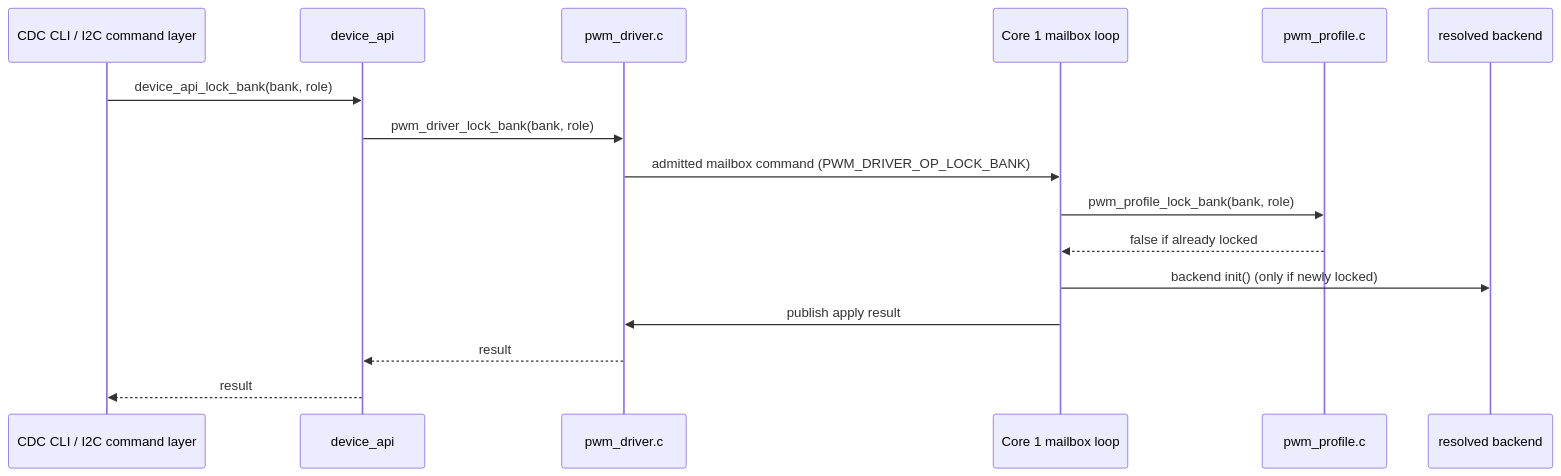
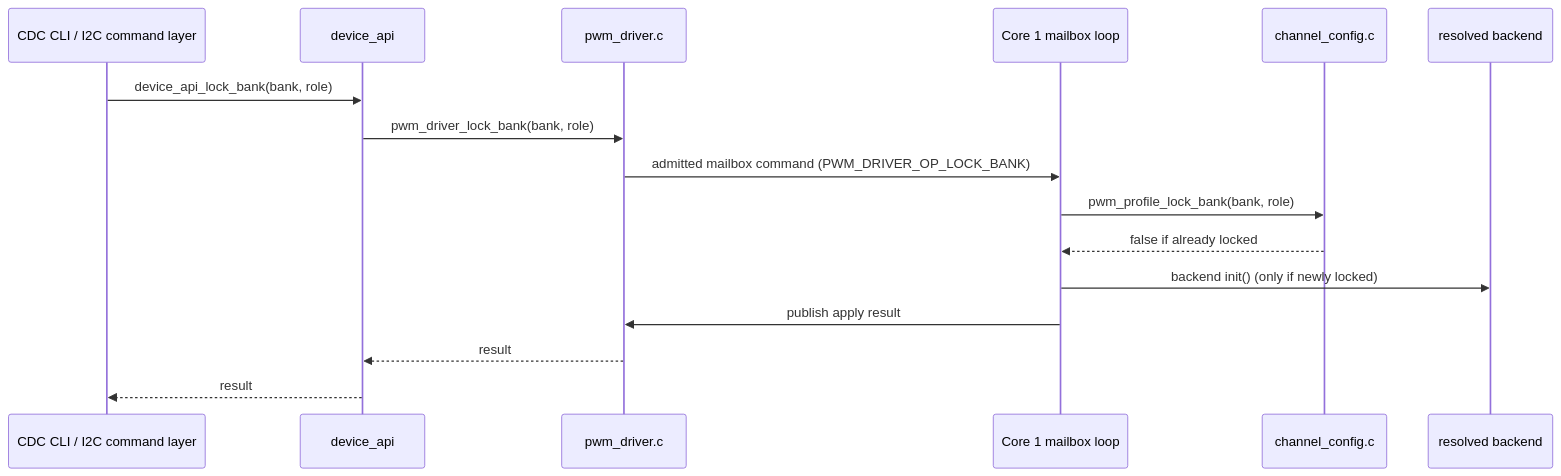
The fourth of 8 diagrams in docs/detail/pwm_driver_design.md (djwinter29-oss/PicoPWM), drawn with Mermaid before and after one commit. The commit also changed other lines of this file and 21 other files, not shown here.

````diff
--- a/docs/detail/pwm_driver_design.md
+++ b/docs/detail/pwm_driver_design.md
@@ -306,19 +306,19 @@
 ```mermaid
 sequenceDiagram
     participant CLI as CDC CLI / I2C command layer
     participant CTL as device_api
     participant WR as pwm_driver.c
     participant C1 as Core 1 mailbox loop
-    participant PROFILE as pwm_profile.c
+    participant PROFILE as channel_config.c
     participant BE as resolved backend
 
     CLI->>CTL: device_api_lock_bank(bank, role)
     CTL->>WR: pwm_driver_lock_bank(bank, role)
     WR->>C1: admitted mailbox command (PWM_DRIVER_OP_LOCK_BANK)
     C1->>PROFILE: pwm_profile_lock_bank(bank, role)
     PROFILE-->>C1: false if already locked
     C1->>BE: backend init() (only if newly locked)
     C1->>WR: publish apply result
     WR-->>CTL: result
     CTL-->>CLI: result
 ```
````
